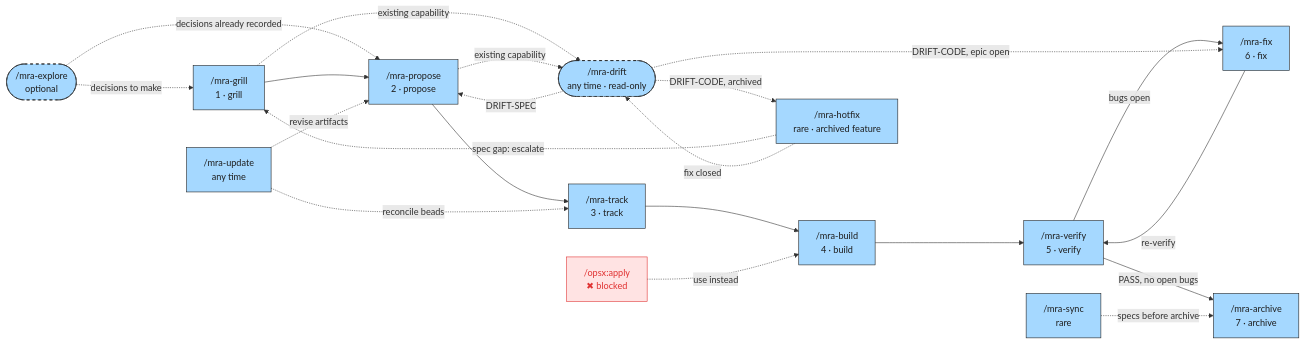
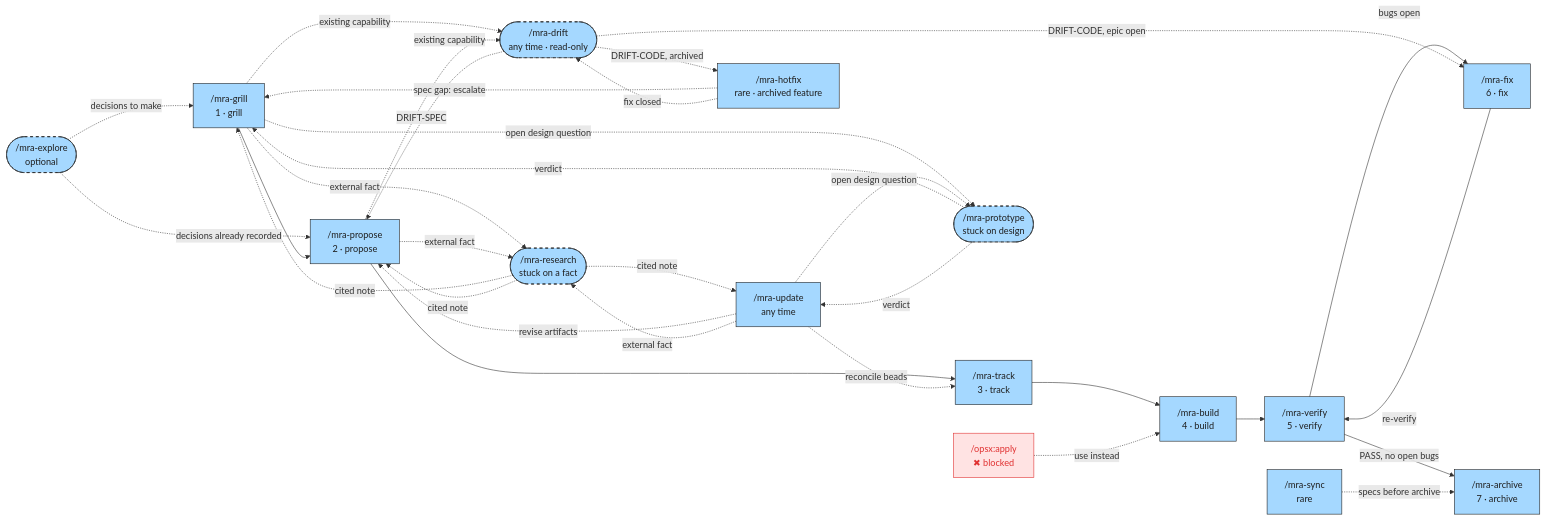
The first of 5 diagrams in payload/orchestrator/.mra-flow/docs/mra-flow.md (Ancora-Ancora/mra-flow), drawn with Mermaid before and after one commit. The commit also changed other lines of this file and 9 other files, not shown here.

First line of the commit message:
Add mra-prototype and mra-research; release 0.1.8

````diff
--- a/payload/orchestrator/.mra-flow/docs/mra-flow.md
+++ b/payload/orchestrator/.mra-flow/docs/mra-flow.md
@@ -9,38 +9,50 @@
 ```mermaid
 flowchart LR
     classDef phase fill:#a5d8ff,stroke:#1e1e1e,color:#1e1e1e
     classDef optional fill:#a5d8ff,stroke:#1e1e1e,stroke-dasharray:5 5,color:#1e1e1e
     classDef blocked fill:#ffe3e3,stroke:#e03131,color:#e03131
 
     explore(["/mra-explore<br/>optional"]):::optional
     grill["/mra-grill<br/>1 · grill"]:::phase
     propose["/mra-propose<br/>2 · propose"]:::phase
     track["/mra-track<br/>3 · track"]:::phase
     build["/mra-build<br/>4 · build"]:::phase
     verify["/mra-verify<br/>5 · verify"]:::phase
     fix["/mra-fix<br/>6 · fix"]:::phase
     archive["/mra-archive<br/>7 · archive"]:::phase
     update["/mra-update<br/>any time"]:::phase
     sync["/mra-sync<br/>rare"]:::phase
     hotfix["/mra-hotfix<br/>rare · archived feature"]:::phase
     drift(["/mra-drift<br/>any time · read-only"]):::optional
+    proto(["/mra-prototype<br/>stuck on design"]):::optional
+    research(["/mra-research<br/>stuck on a fact"]):::optional
     apply["/opsx:apply<br/>✖ blocked"]:::blocked
 
     explore -. decisions to make .-> grill
     explore -. decisions already recorded .-> propose
     grill --> propose --> track --> build --> verify
     verify -- bugs open --> fix
     fix -- re-verify --> verify
     verify -- "PASS, no open bugs" --> archive
     update -. revise artifacts .-> propose
     update -. reconcile beads .-> track
     sync -. specs before archive .-> archive
     hotfix -. spec gap: escalate .-> grill
     hotfix -. fix closed .-> drift
     grill -. existing capability .-> drift
     propose -. existing capability .-> drift
     drift -. DRIFT-SPEC .-> propose
     drift -. DRIFT-CODE, epic open .-> fix
     drift -. DRIFT-CODE, archived .-> hotfix
+    grill -. open design question .-> proto
+    update -. open design question .-> proto
+    proto -. verdict .-> grill
+    proto -. verdict .-> update
+    grill -. external fact .-> research
+    propose -. external fact .-> research
+    update -. external fact .-> research
+    research -. cited note .-> grill
+    research -. cited note .-> propose
+    research -. cited note .-> update
     apply -. use instead .-> build
 ```
````
